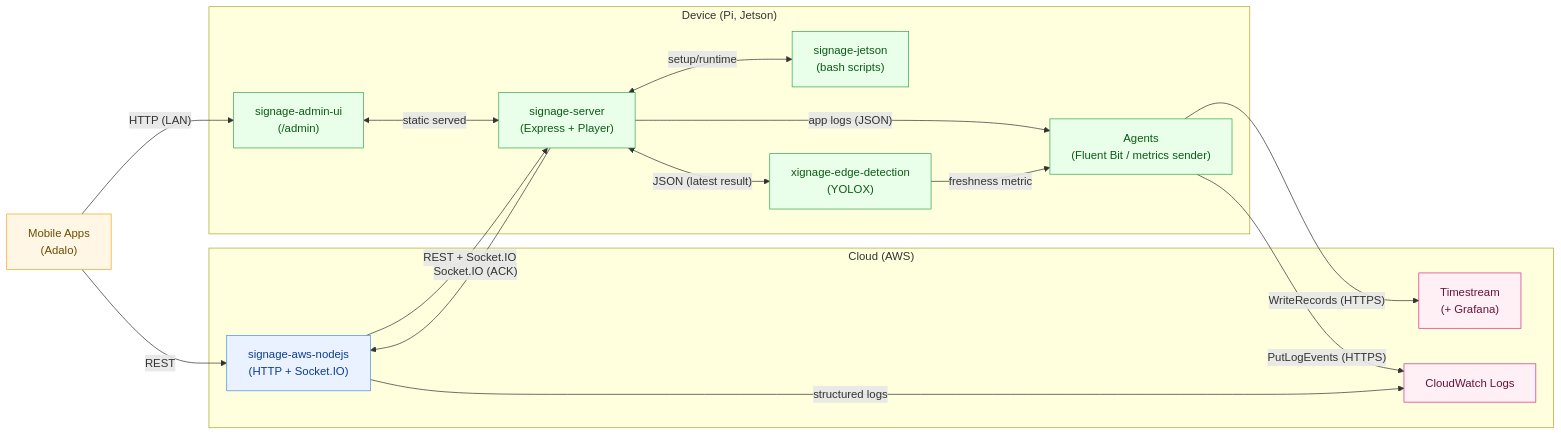
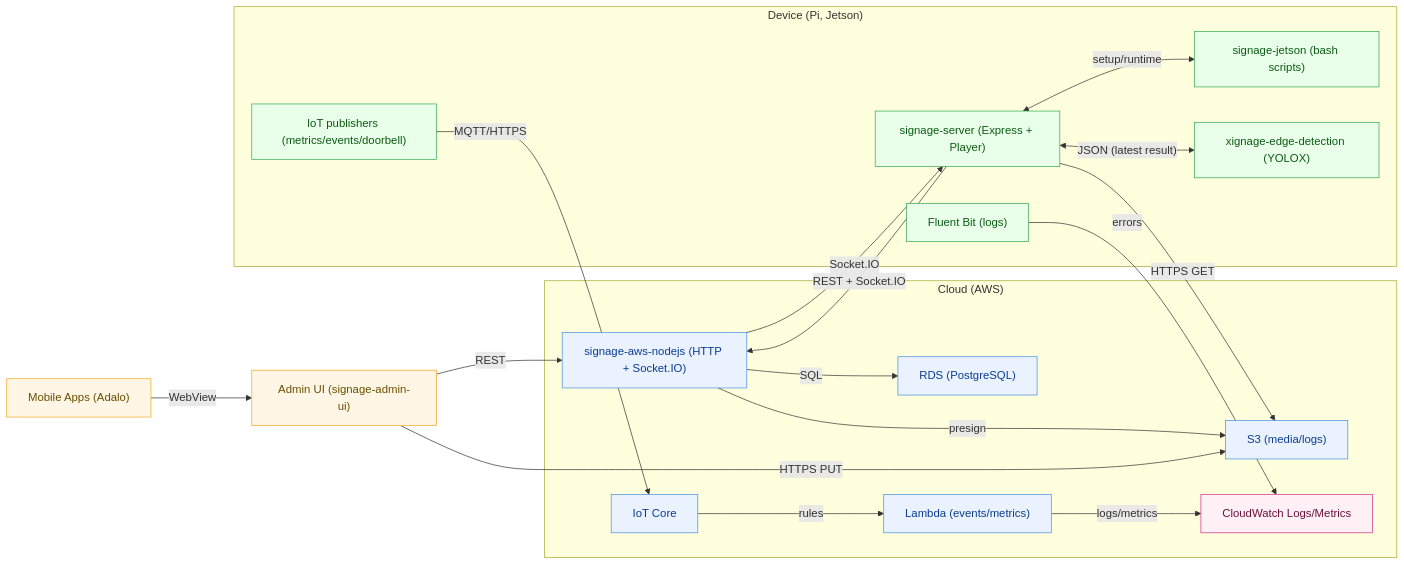
One commit to tstaisyu/xignage-docs changed the first of 6 diagrams in docs/architecture/index.md. Above: the diagram before and after it, drawn with Mermaid. The commit also changed other lines of this file and 1 other file, not shown here.

First line of the commit message:
docs(architecture): refresh system overview diagrams for cloud-canonical stack

````diff
--- a/docs/architecture/index.md
+++ b/docs/architecture/index.md
@@ -7,45 +7,49 @@
 ```mermaid
 flowchart LR
   classDef cloud fill:#eaf2ff,stroke:#4a90e2,color:#0b3d91
   classDef device fill:#eaffea,stroke:#34a853,color:#0b5b14
   classDef mobile fill:#fff6e5,stroke:#f5a623,color:#6b4e00
   classDef obs fill:#fff0f5,stroke:#d63384,color:#6b113a
 
   subgraph Cloud["Cloud (AWS)"]
-    AWS["signage-aws-nodejs\n(HTTP + Socket.IO)"]:::cloud
-    MetricsDB["Timestream\n(+ Grafana)"]:::obs
-    Logs["CloudWatch Logs"]:::obs
+    API["signage-aws-nodejs (HTTP + Socket.IO)"]:::cloud
+    RDS["RDS (PostgreSQL)"]:::cloud
+    S3["S3 (media/logs)"]:::cloud
+    IoT["IoT Core"]:::cloud
+    Lambda["Lambda (events/metrics)"]:::cloud
+    CloudWatch["CloudWatch Logs/Metrics"]:::obs
   end
 
   subgraph Device["Device (Pi, Jetson)"]
-    JetsonSetup["signage-jetson\n(bash scripts)"]:::device
-    LocalSrv["signage-server\n(Express + Player)"]:::device
-    EdgeDet["xignage-edge-detection\n(YOLOX)"]:::device
-    AdminUI["signage-admin-ui\n(/admin)"]:::device
-    Agent["Agents\n(Fluent Bit / metrics sender)"]:::device
+    JetsonSetup["signage-jetson (bash scripts)"]:::device
+    LocalSrv["signage-server (Express + Player)"]:::device
+    EdgeDet["xignage-edge-detection (YOLOX)"]:::device
+    IoTPub["IoT publishers (metrics/events/doorbell)"]:::device
+    Agent["Fluent Bit (logs)"]:::device
   end
 
-  Mobile["Mobile Apps\n(Adalo)"]:::mobile
+  AdminUI["Admin UI (signage-admin-ui)"]:::mobile
+  Mobile["Mobile Apps (Adalo)"]:::mobile
 
   %% Cloud <-> Device
-  Mobile -- "REST" --> AWS
-  AWS -- "REST + Socket.IO" --> LocalSrv
-  LocalSrv -- "Socket.IO (ACK)" --> AWS
+  Mobile -- "WebView" --> AdminUI
+  AdminUI -- "REST" --> API
+  LocalSrv -- "REST + Socket.IO" --> API
+  API -- "Socket.IO" --> LocalSrv
 
   %% Device internal flows
   LocalSrv <-- "JSON (latest result)" --> EdgeDet
   LocalSrv <-- "setup/runtime" --> JetsonSetup
-  AdminUI <-- "static served" --> LocalSrv
 
-  %% LAN direct access from Mobile to Admin UI
-  Mobile -- "HTTP (LAN)" --> AdminUI
+  %% Storage and sync
+  API -- "SQL" --> RDS
+  API -- "presign" --> S3
+  AdminUI -- "HTTPS PUT" --> S3
+  LocalSrv -- "HTTPS GET" --> S3
 
-  %% Observability (Device → AWS services directly)
-  LocalSrv -- "app logs (JSON)" --> Agent
-  Agent -- "PutLogEvents (HTTPS)" --> Logs
-  EdgeDet -- "freshness metric" --> Agent
-  Agent -- "WriteRecords (HTTPS)" --> MetricsDB
-
-  %% Cloud API logs (structured)
-  AWS -- "structured logs" --> Logs
+  %% Observability
+  IoTPub -- "MQTT/HTTPS" --> IoT
+  IoT -- "rules" --> Lambda
+  Lambda -- "logs/metrics" --> CloudWatch
+  Agent -- "errors" --> CloudWatch
 ```
````
